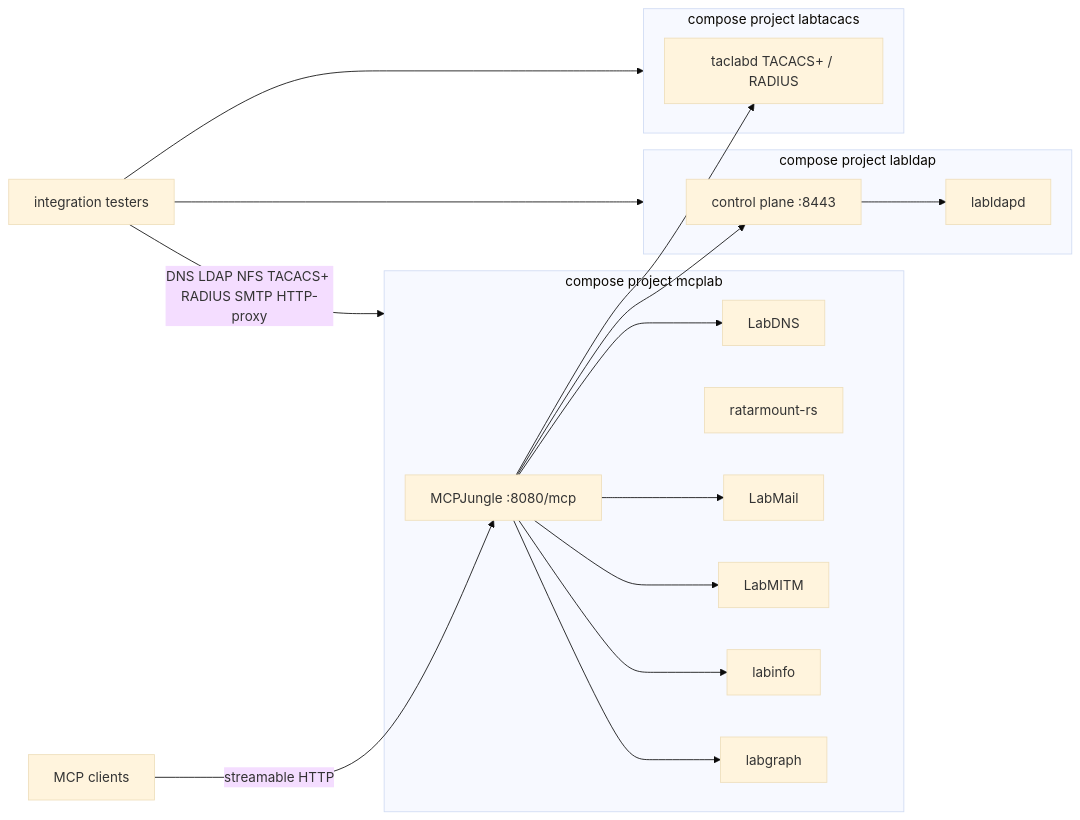
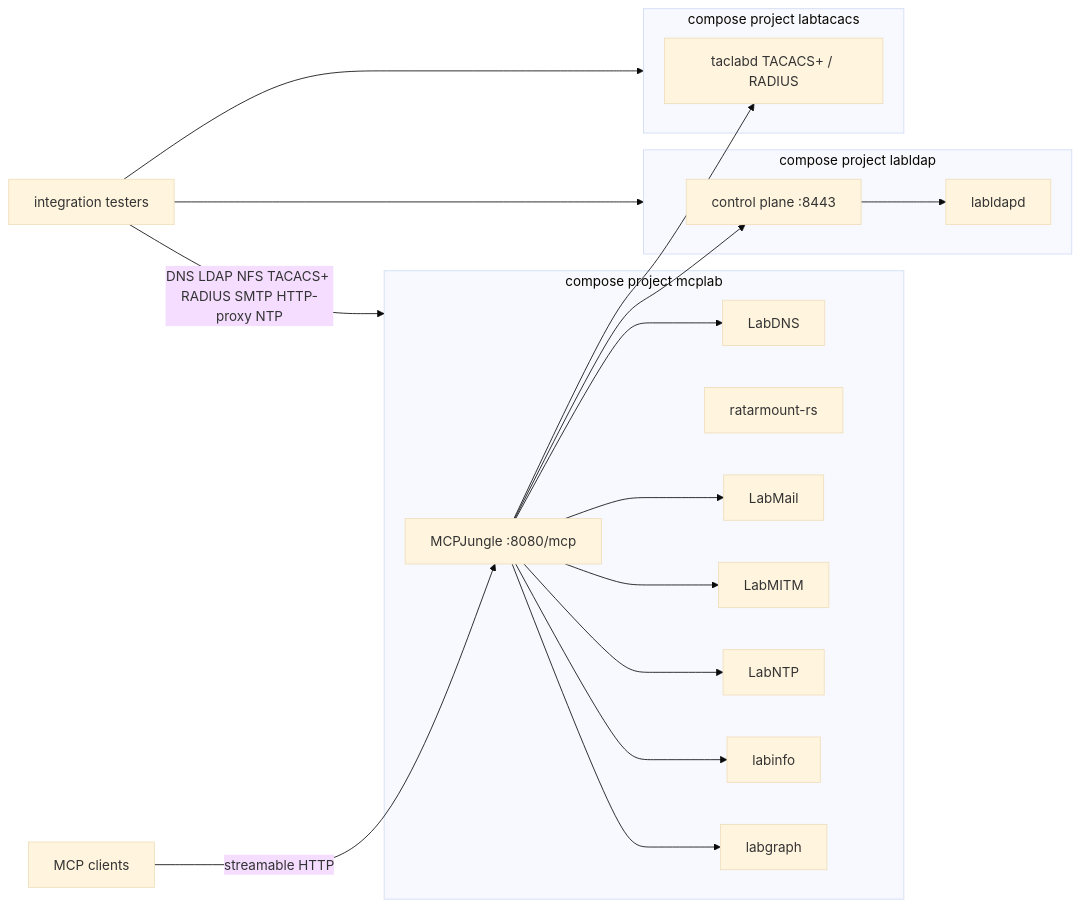
Before and after one commit to hilather/mcp-integration-lab: the diagram in README.md, drawn with Mermaid (base theme). The commit also changed other lines of this file and 54 other files, not shown here.

First line of the commit message:
feat: pin LabNTP v1.0.0-rc.2 in the integrator

````diff
--- a/README.md
+++ b/README.md
@@ -84,31 +86,33 @@
 ```mermaid
 flowchart LR
   Agents[MCP clients] -->|streamable HTTP| Jungle["MCPJungle :8080/mcp"]
   subgraph mcplab [compose project mcplab]
     Jungle
     DNS[LabDNS]
     NFS[ratarmount-rs]
     Mail[LabMail]
     MITM[LabMITM]
+    NTP[LabNTP]
     Info[labinfo]
     Graph[labgraph]
   end
   subgraph labldap [compose project labldap]
     Control[control plane :8443]
     Dir[labldapd]
   end
   subgraph labtacacs [compose project labtacacs]
     Taclab[taclabd TACACS+ / RADIUS]
   end
   Jungle --> DNS
   Jungle --> Info
   Jungle --> Control
   Jungle --> Taclab
   Jungle --> Mail
   Jungle --> MITM
+  Jungle --> NTP
   Jungle --> Graph
   Control --> Dir
-  Testers[integration testers] -->|DNS LDAP NFS TACACS+ RADIUS SMTP HTTP-proxy| mcplab
+  Testers[integration testers] -->|DNS LDAP NFS TACACS+ RADIUS SMTP HTTP-proxy NTP| mcplab
   Testers --> labldap
   Testers --> labtacacs
 ```
````
